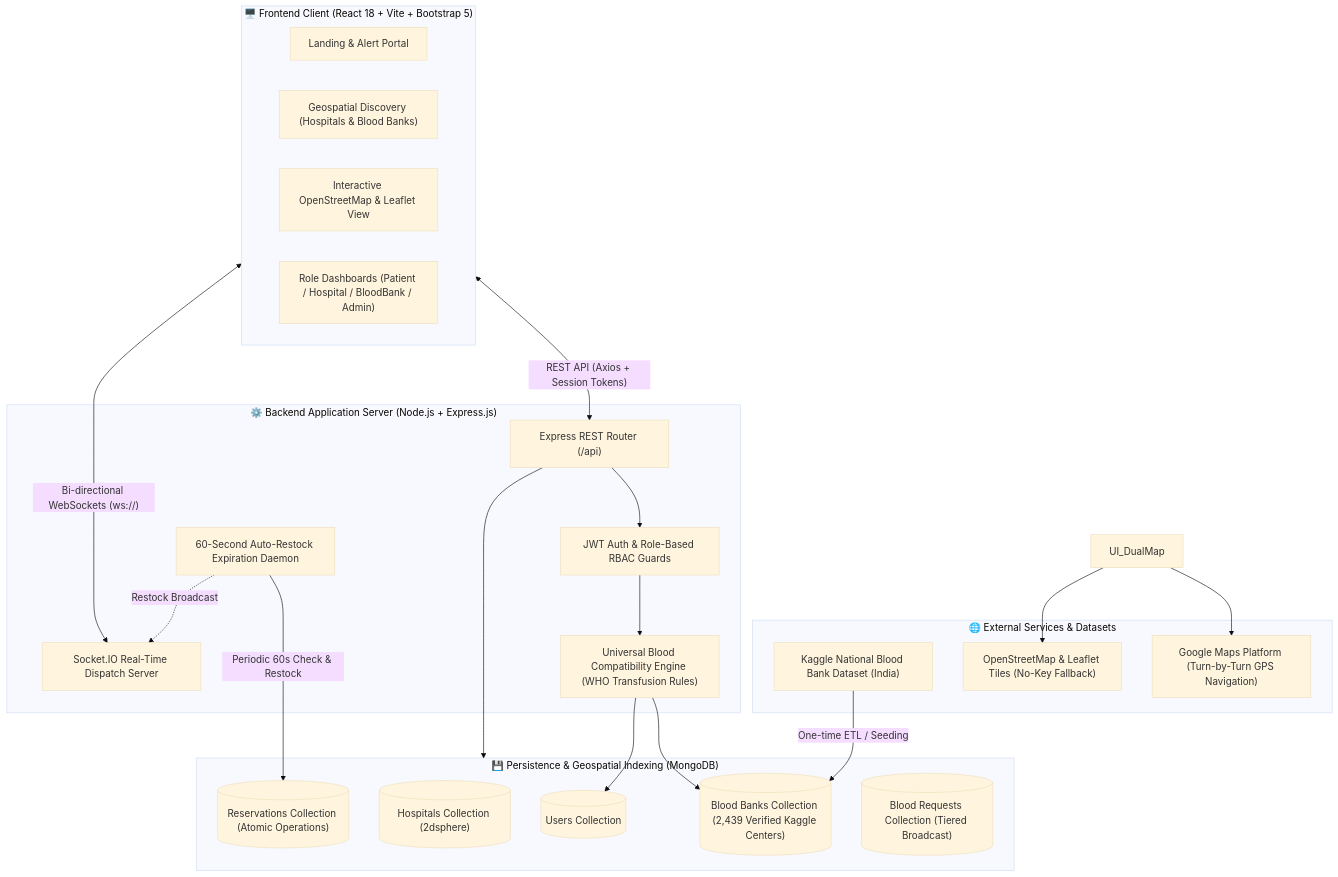
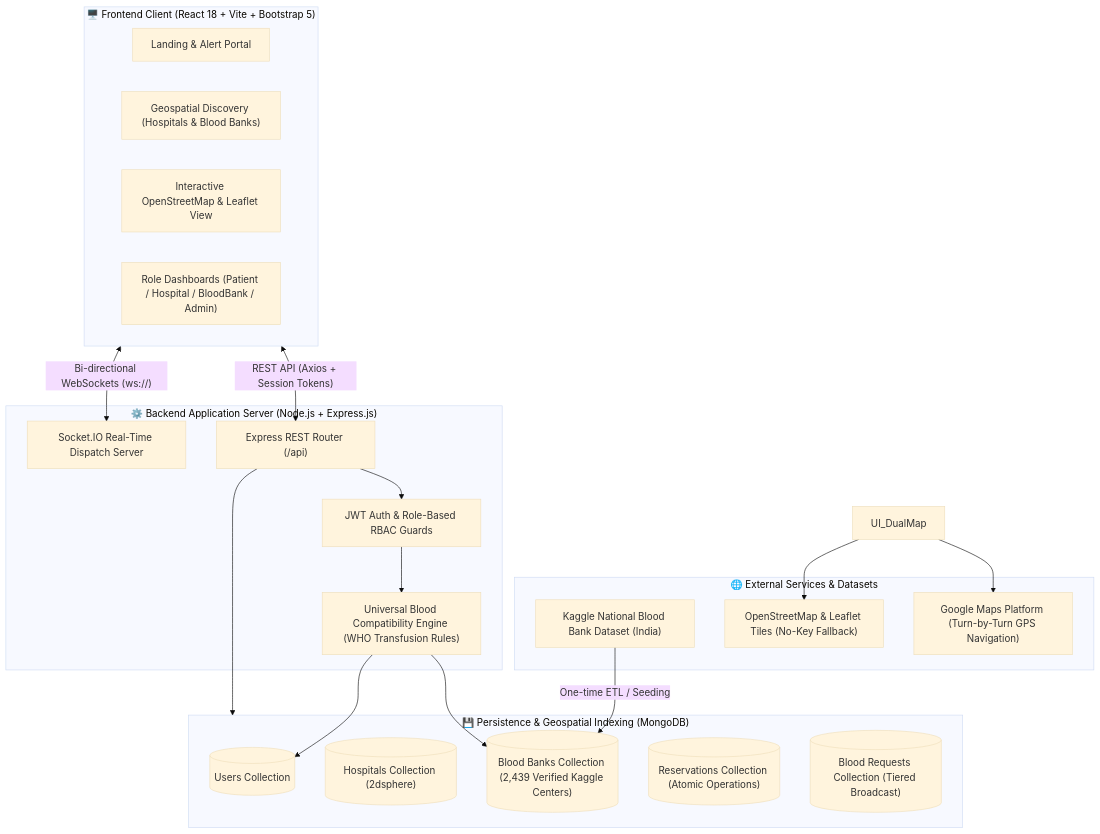
Before and after one commit to CharudattaPatil-AC/Vital-Link: the first of 3 diagrams in README.md, drawn with Mermaid (base theme). The commit also changed other lines of this file and 7 other files, not shown here.

Commit message:
refactor: simplify reservation workflow by removing 60-second cron daemon in favor of direct hospital admission and restock

````diff
--- a/README.md
+++ b/README.md
@@ -33,45 +33,42 @@
 ```mermaid
 flowchart TD
     subgraph ClientLayer["🖥️ Frontend Client (React 18 + Vite + Bootstrap 5)"]
         UI_Home["Landing & Alert Portal"]
         UI_Search["Geospatial Discovery (Hospitals & Blood Banks)"]
         UI_Map["Interactive OpenStreetMap & Leaflet View"]
         UI_Dashboards["Role Dashboards (Patient / Hospital / BloodBank / Admin)"]
     end
 
     subgraph APILayer["⚙️ Backend Application Server (Node.js + Express.js)"]
         Router["Express REST Router (/api)"]
         AuthMiddleware["JWT Auth & Role-Based RBAC Guards"]
         CompatEngine["Universal Blood Compatibility Engine (WHO Transfusion Rules)"]
         SocketServer["Socket.IO Real-Time Dispatch Server"]
-        CleanupDaemon["60-Second Auto-Restock Expiration Daemon"]
     end
 
     subgraph DataLayer["💾 Persistence & Geospatial Indexing (MongoDB)"]
         DB_Users[("Users Collection")]
         DB_Hospitals[("Hospitals Collection (2dsphere)")]
         DB_BloodBanks[("Blood Banks Collection (2,439 Verified Kaggle Centers)")]
         DB_Reservations[("Reservations Collection (Atomic Operations)")]
         DB_BloodRequests[("Blood Requests Collection (Tiered Broadcast)")]
     end
 
     subgraph ExternalServices["🌐 External Services & Datasets"]
         Kaggle["Kaggle National Blood Bank Dataset (India)"]
         GMaps["Google Maps Platform (Turn-by-Turn GPS Navigation)"]
         OSM["OpenStreetMap & Leaflet Tiles (No-Key Fallback)"]
     end
 
     %% Connections
     ClientLayer <-->|"REST API (Axios + Session Tokens)"| Router
     ClientLayer <-->|"Bi-directional WebSockets (ws://)"| SocketServer
     Router --> AuthMiddleware
     AuthMiddleware --> CompatEngine
     CompatEngine --> DB_BloodBanks
     CompatEngine --> DB_Users
     Router --> DataLayer
-    CleanupDaemon -->|"Periodic 60s Check & Restock"| DB_Reservations
-    CleanupDaemon -.->|"Restock Broadcast"| SocketServer
     Kaggle -->|"One-time ETL / Seeding"| DB_BloodBanks
     UI_DualMap --> GMaps
     UI_DualMap --> OSM
 ```
````
